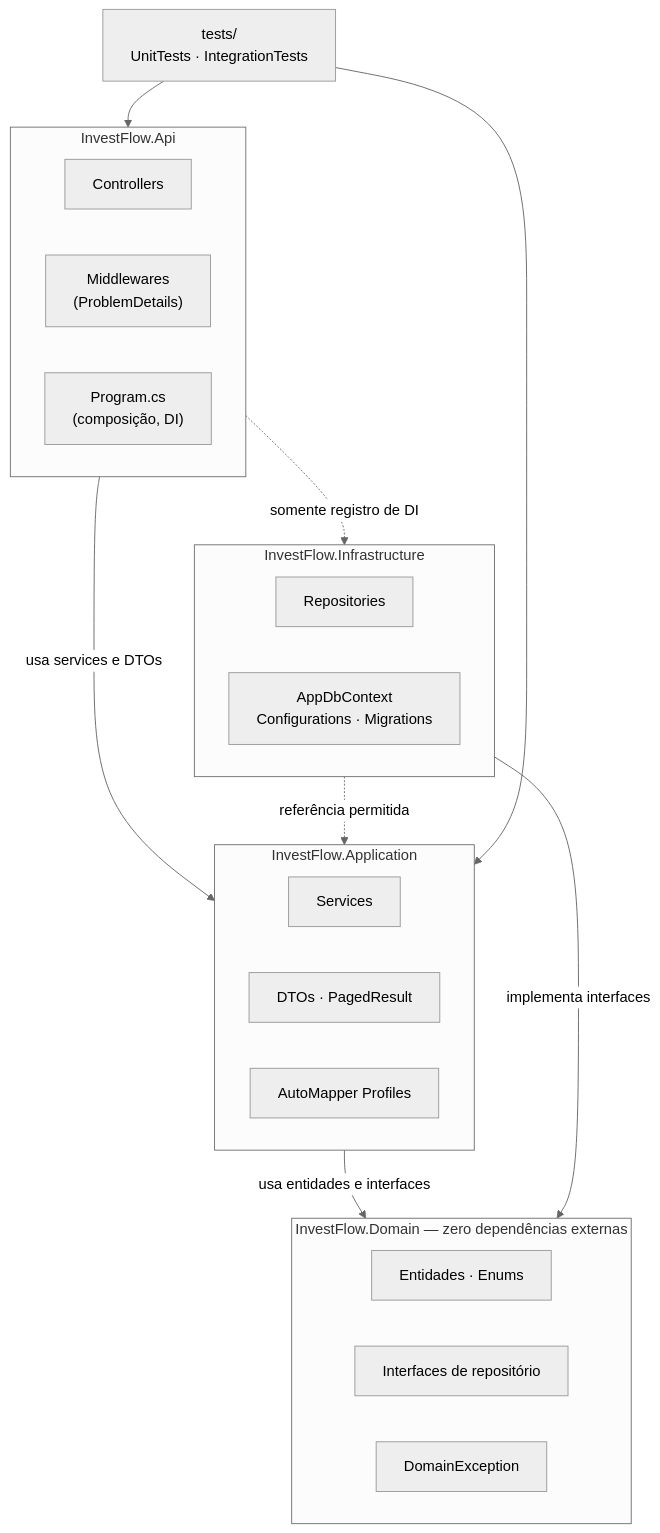
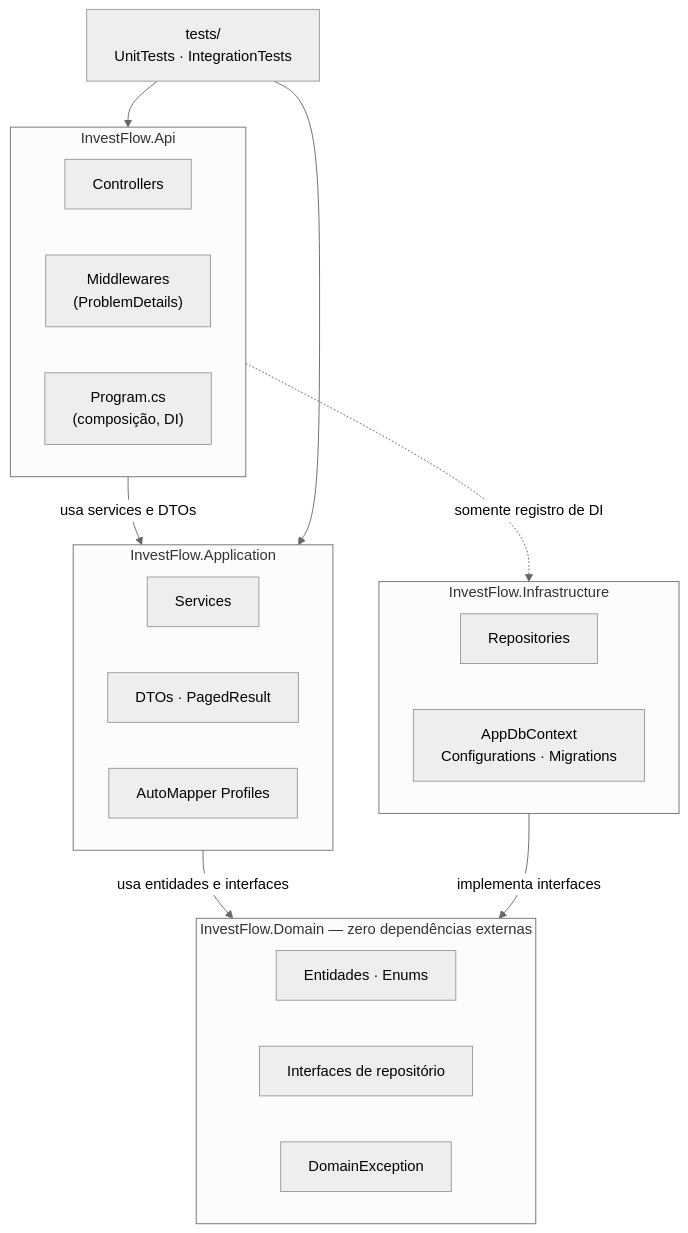
One commit to olavoneves/InvestFlow-CP4-.NET-FIAP changed the second of 2 diagrams in README.md. Above: the diagram before and after it, drawn with Mermaid (neutral theme). The commit also changed other lines of this file, not shown here.

Commit message:
docs: preenche integrantes do grupo e remove referência Infrastructure -> Application do diagrama

````diff
--- a/README.md
+++ b/README.md
@@ -65,39 +65,38 @@
 ```mermaid
 flowchart TB
     Tests["tests/<br/>UnitTests · IntegrationTests"]
 
     subgraph API["InvestFlow.Api"]
         direction LR
         C["Controllers"]
         M["Middlewares<br/>(ProblemDetails)"]
         P["Program.cs<br/>(composição, DI)"]
     end
 
     subgraph APP["InvestFlow.Application"]
         direction LR
         S["Services"]
         D["DTOs · PagedResult"]
         MP["AutoMapper Profiles"]
     end
 
     subgraph INFRA["InvestFlow.Infrastructure"]
         direction LR
         R["Repositories"]
         DB["AppDbContext<br/>Configurations · Migrations"]
     end
 
     subgraph DOM["InvestFlow.Domain — zero dependências externas"]
         direction LR
         E["Entidades · Enums"]
         IR["Interfaces de repositório"]
         EX["DomainException"]
     end
 
     API -->|usa services e DTOs| APP
     API -.->|somente registro de DI| INFRA
     APP -->|usa entidades e interfaces| DOM
     INFRA -->|implementa interfaces| DOM
-    INFRA -.->|referência permitida| APP
     Tests --> API
     Tests --> APP
 ```
````
